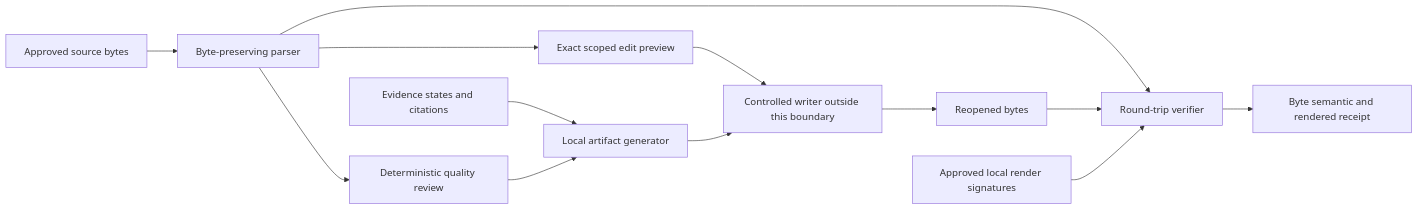
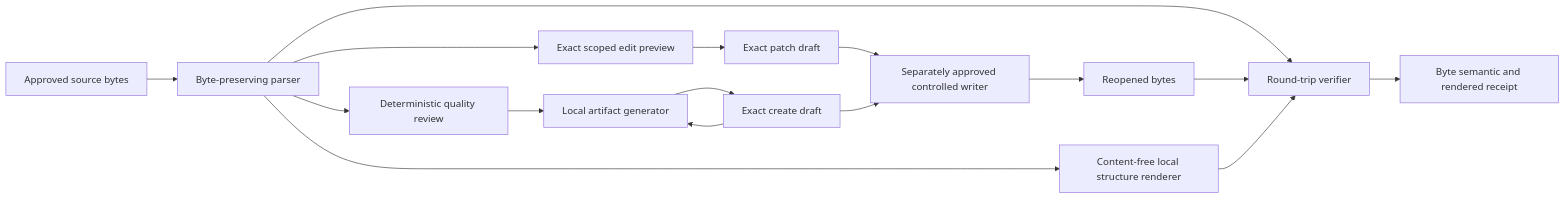
The diagram in docs/architecture/markdown-artifacts-and-round-trip.md (AaronNHorvitz/AgentMage), drawn with Mermaid before and after one commit. The commit also changed other lines of this file and 10 other files, not shown here.

````diff
--- a/docs/architecture/markdown-artifacts-and-round-trip.md
+++ b/docs/architecture/markdown-artifacts-and-round-trip.md
@@ -10,15 +10,18 @@
 ```mermaid
 flowchart LR
   S[Approved source bytes] --> P[Byte-preserving parser]
   P --> Q[Deterministic quality review]
   P --> E[Exact scoped edit preview]
   C[Evidence states and citations] --> G[Local artifact generator]
   Q --> G
-  E --> R[Controlled writer outside this boundary]
-  G --> R
+  E --> D[Exact patch draft]
+  G --> C[Exact create draft]
+  D --> R[Separately approved controlled writer]
+  C --> R
   R --> O[Reopened bytes]
   P --> V[Round-trip verifier]
   O --> V
-  L[Approved local render signatures] --> V
+  P --> L[Content-free local structure renderer]
+  L --> V
   V --> X[Byte semantic and rendered receipt]
 ```
````
